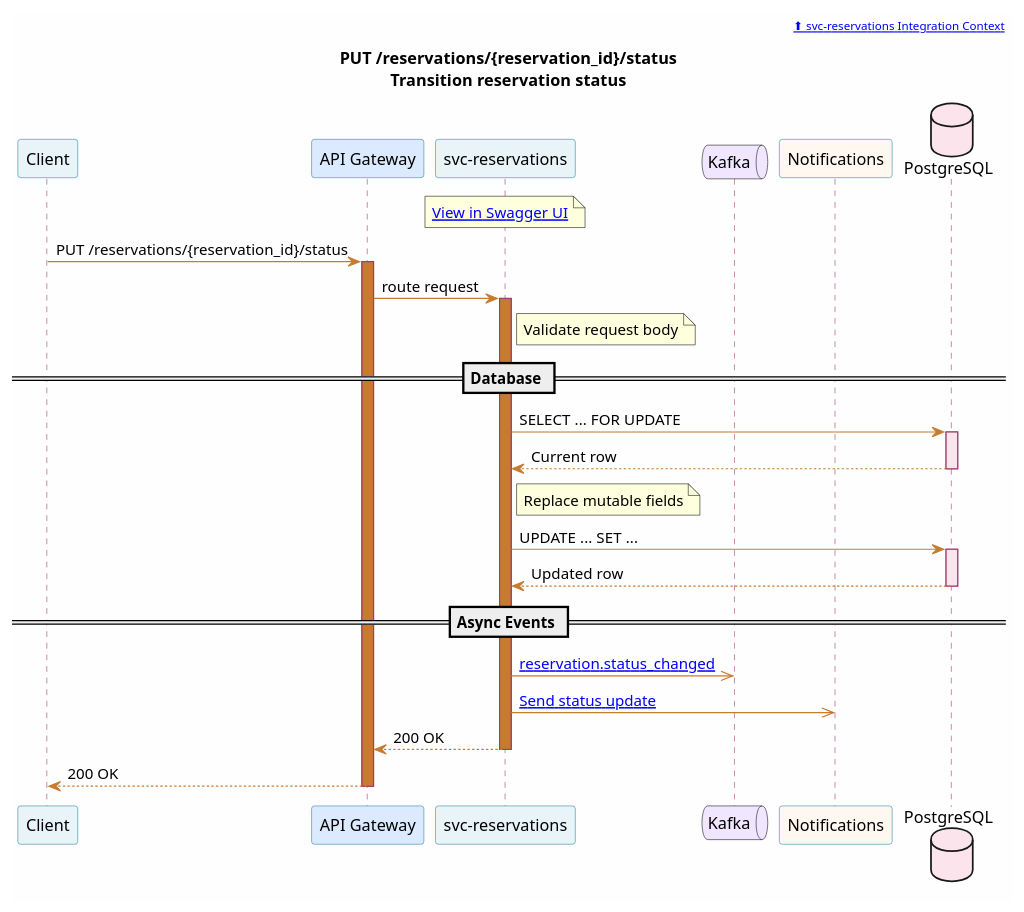
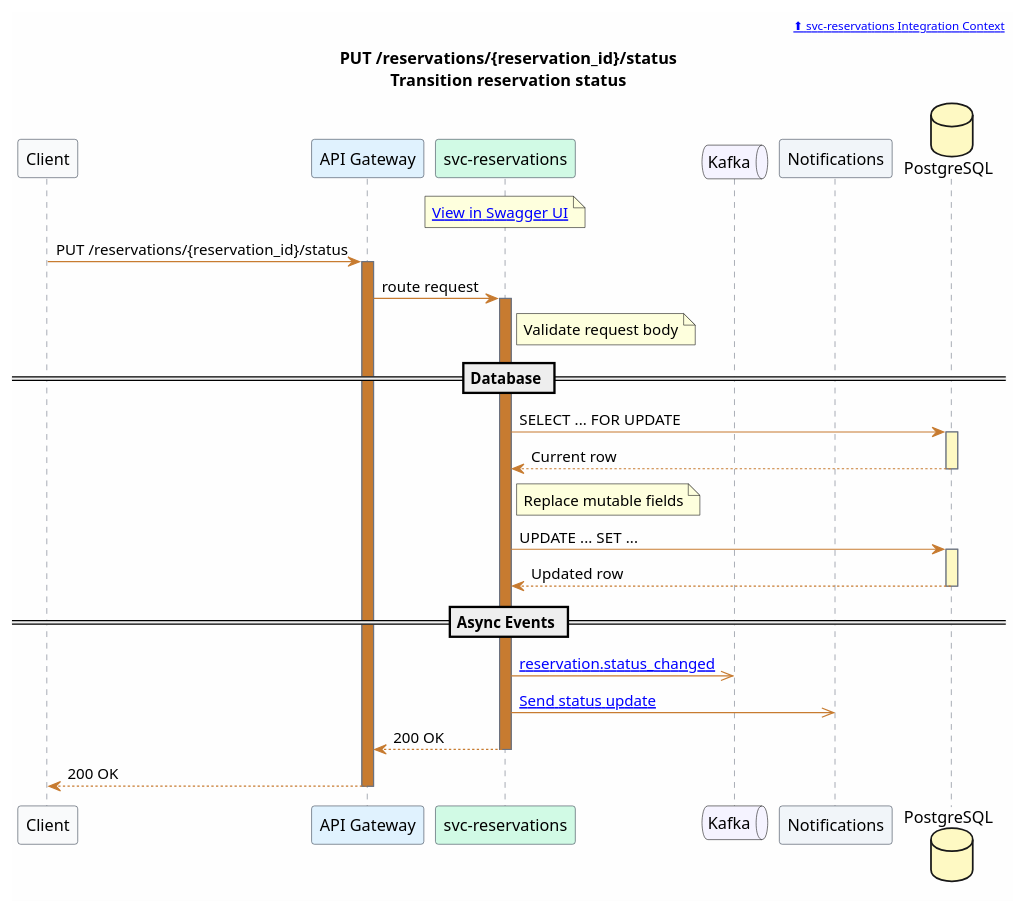
One commit to christopherblaisdell/continuous-architecture-platform-poc changed the diagram in portal/site/microservices/puml/svc-reservations--put-reservations-reservation_id-status.puml. Above: the diagram before and after it, drawn with PlantUML. The commit also changed 727 other files, not shown here.

```diff
--- a/portal/site/microservices/puml/svc-reservations--put-reservations-reservation_id-status.puml
+++ b/portal/site/microservices/puml/svc-reservations--put-reservations-reservation_id-status.puml
@@ -1,62 +1,62 @@
 @startuml svc-reservations--put-reservations-reservation_id-status
 
 skinparam backgroundColor #FEFEFE
 skinparam shadowing false
 skinparam defaultFontName "Segoe UI"
 skinparam sequence {
     ArrowColor #c77b30
-    ParticipantBorderColor #2E86AB
-    ParticipantBackgroundColor #E8F4F8
-    LifeLineBorderColor #A23B72
-    BoxBorderColor #F18F01
-    BoxBackgroundColor #FFF8F0
-    NoteBorderColor #c77b30
-    NoteBackgroundColor #FEF3E7
+    ParticipantBorderColor #374151
+    ParticipantBackgroundColor #F9FAFB
+    LifeLineBorderColor #6B7280
+    BoxBorderColor #94A3B8
+    BoxBackgroundColor #F8FAFC
+    NoteBorderColor #64748B
+    NoteBackgroundColor #F8FAFC
 }
 
 header [[/microservices/svc-reservations/#integration-context ⬆ svc-reservations Integration Context]]
 
 title PUT /reservations/{reservation_id}/status\nTransition reservation status
 
 participant "Client" as Client [[/applications/]]
-participant "API Gateway" as GW [[/actors/#api-gateway]] #DBEAFE
-participant "svc-reservations" as Svc [[/microservices/svc-reservations/]] #E8F4F8
-queue "Kafka" as Kafka [[/actors/#event-bus]] #F0E6FF
-participant "Notifications" as Ntfy [[/microservices/svc-notifications/]] #FFF8F0
-database "PostgreSQL" as DB [[/microservices/svc-reservations/#data-store]] #FCE4EC
+participant "API Gateway" as GW [[/actors/#api-gateway]] #E0F2FE
+participant "svc-reservations" as Svc [[/microservices/svc-reservations/]] #D1FAE5
+queue "Kafka" as Kafka [[/actors/#event-bus]] #F5F3FF
+participant "Notifications" as Ntfy [[/microservices/svc-notifications/]] #F1F5F9
+database "PostgreSQL" as DB [[/microservices/svc-reservations/#data-store]] #FEF9C3
 
 note over Svc
   [[/services/api/svc-reservations.html#/Reservation%20Status/transitionStatus View in Swagger UI]]
 end note
 
 Client -> GW : PUT /reservations/{reservation_id}/status
 activate GW #c77b30
 GW -> Svc : route request
 activate Svc #c77b30
 
 note right of Svc : Validate request body
 
 == Database ==
 
 Svc -> DB : SELECT ... FOR UPDATE
-activate DB #FCE4EC
+activate DB #FEF9C3
 DB --> Svc : Current row
 deactivate DB
 note right of Svc : Replace mutable fields
 
 Svc -> DB : UPDATE ... SET ...
-activate DB #FCE4EC
+activate DB #FEF9C3
 DB --> Svc : Updated row
 deactivate DB
 
 == Async Events ==
 
 Svc ->> Kafka : [[/events/#reservationstatus_changed reservation.status_changed]]
 Svc ->> Ntfy : [[/microservices/svc-notifications/#post-notifications-send-a-notification Send status update]]
 
 Svc --> GW : 200 OK
 deactivate Svc
 GW --> Client : 200 OK
 deactivate GW
 
 @enduml
```
